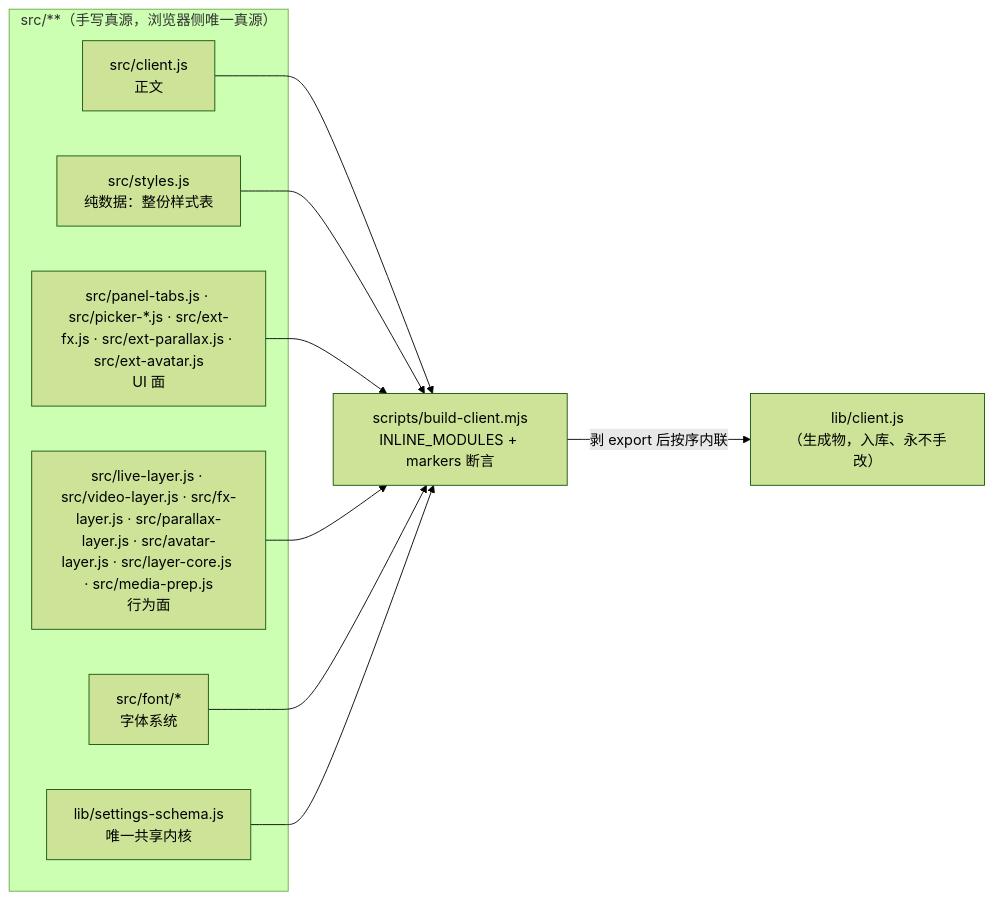
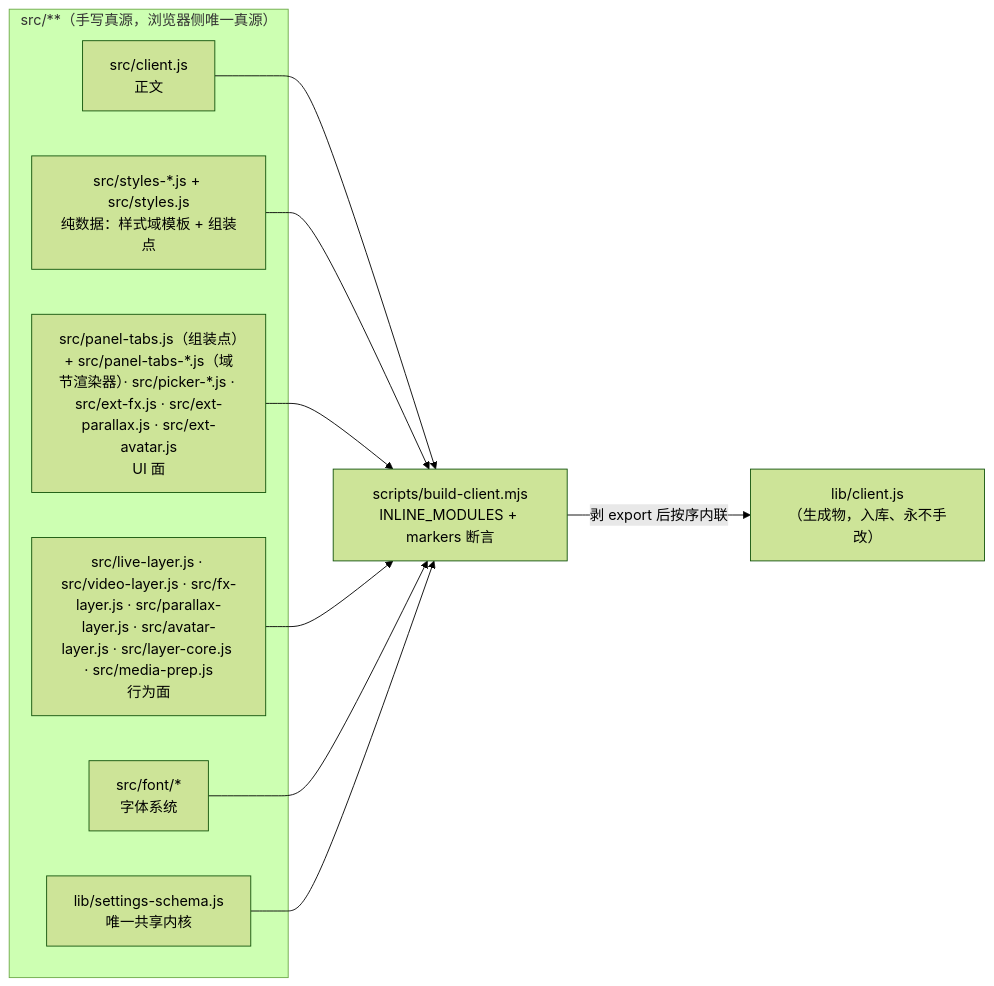
One commit to elysia395/dsh-wallpaper-engine changed the fourth of 5 diagrams in docs/CODE-STRUCTURE.md. Above: the diagram before and after it, drawn with Mermaid (forest theme). The commit also changed other lines of this file and 4 other files, not shown here.

````diff
--- a/docs/CODE-STRUCTURE.md
+++ b/docs/CODE-STRUCTURE.md
@@ -170,18 +212,18 @@
 ```mermaid
 graph LR
     subgraph SRC["src/**（手写真源，浏览器侧唯一真源）"]
         C["src/client.js<br/>正文"]
-        A["src/styles.js<br/>纯数据：整份样式表"]
-        B["src/panel-tabs.js · src/picker-*.js · src/ext-fx.js · src/ext-parallax.js · src/ext-avatar.js<br/>UI 面"]
+        A["src/styles-*.js + src/styles.js<br/>纯数据：样式域模板 + 组装点"]
+        B["src/panel-tabs.js（组装点）+ src/panel-tabs-*.js（域节渲染器）· src/picker-*.js · src/ext-fx.js · src/ext-parallax.js · src/ext-avatar.js<br/>UI 面"]
         D["src/live-layer.js · src/video-layer.js · src/fx-layer.js · src/parallax-layer.js · src/avatar-layer.js · src/layer-core.js · src/media-prep.js<br/>行为面"]
         E["src/font/*<br/>字体系统"]
         F["lib/settings-schema.js<br/>唯一共享内核"]
     end
     C --> BUILD["scripts/build-client.mjs<br/>INLINE_MODULES + markers 断言"]
     A --> BUILD
     B --> BUILD
     D --> BUILD
     E --> BUILD
     F --> BUILD
     BUILD -->|剥 export 后按序内联| OUT["lib/client.js<br/>（生成物，入库、永不手改）"]
 ```
````
